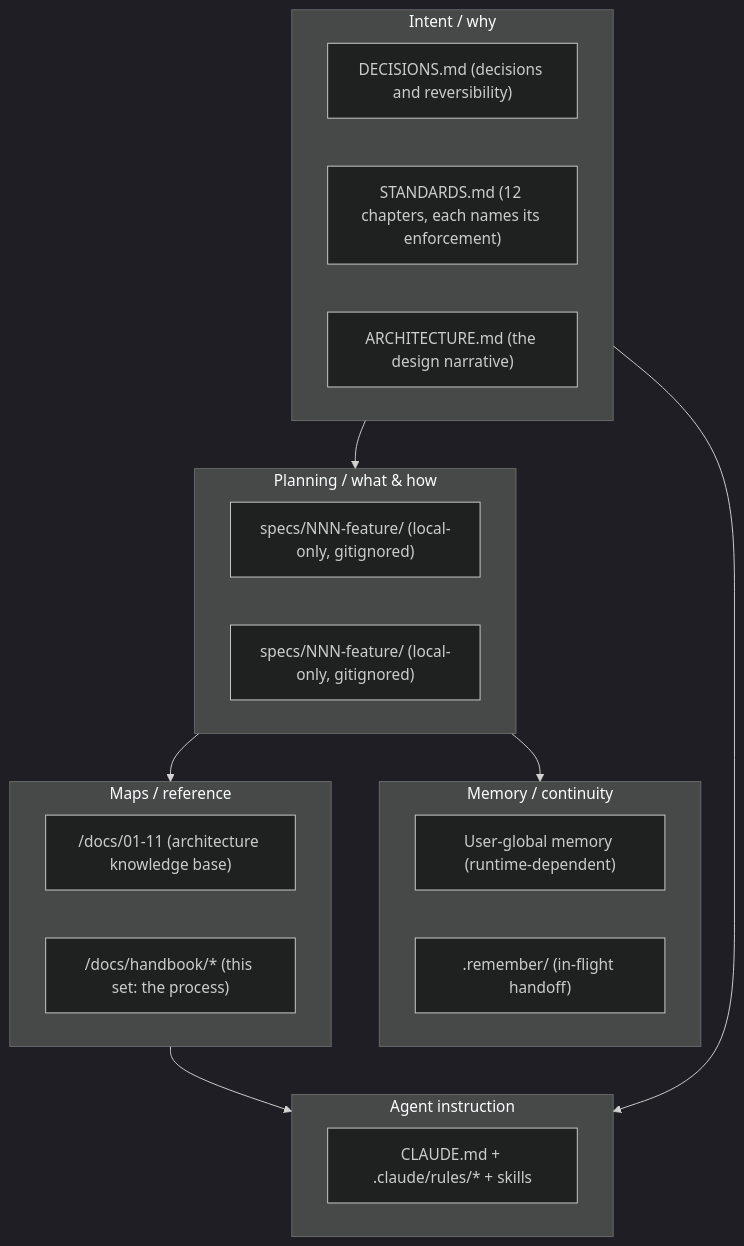
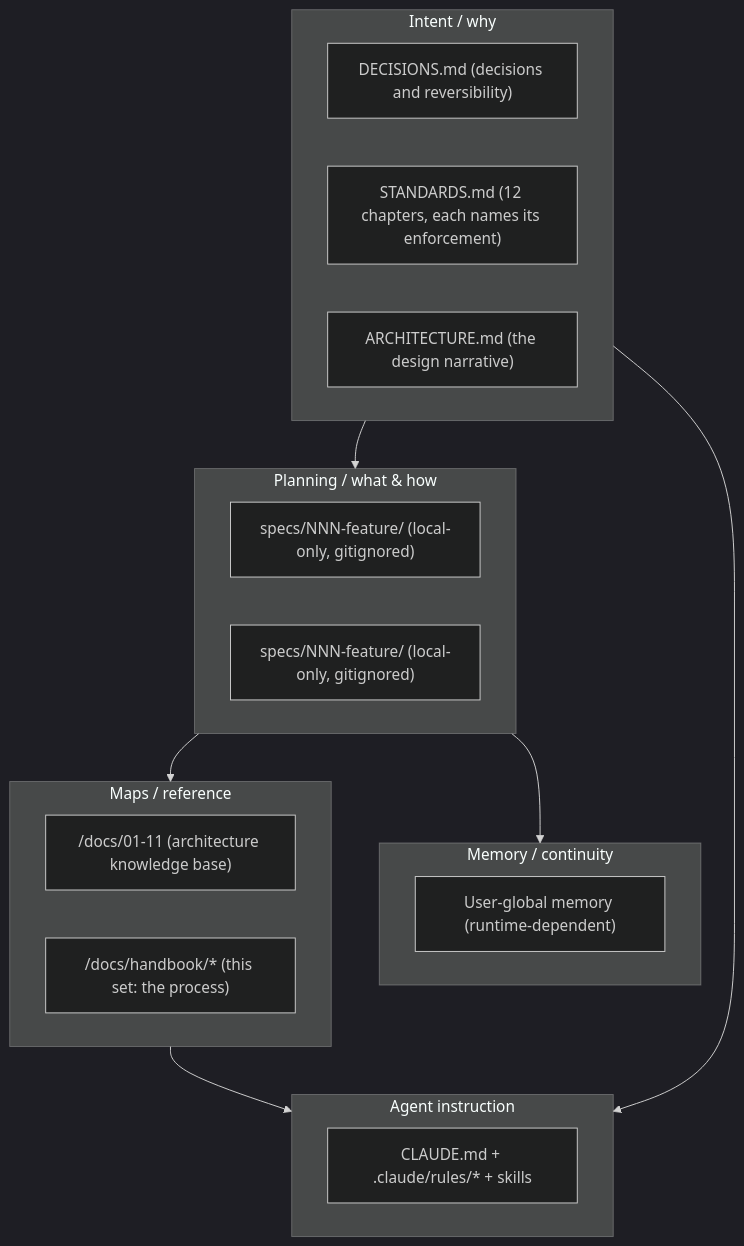
Before and after one commit to erikunha/portfolio: the first of 2 diagrams in docs/handbook/knowledge-architecture.md, drawn with Mermaid (dark theme). The commit also changed other lines of this file and 26 other files, not shown here.

First line of the commit message:
docs(sync): re-sync docs and mermaid diagrams to the redesigned chrome

````diff
--- a/docs/handbook/knowledge-architecture.md
+++ b/docs/handbook/knowledge-architecture.md
@@ -7,27 +7,26 @@
 ```mermaid
 flowchart TD
     subgraph intent["Intent / why"]
         adr["DECISIONS.md (decisions and reversibility)"]
         std["STANDARDS.md (12 chapters, each names its enforcement)"]
         arch["ARCHITECTURE.md (the design narrative)"]
     end
     subgraph plan["Planning / what & how"]
         specs["specs/NNN-feature/ (local-only, gitignored)"]
         plans["specs/NNN-feature/ (local-only, gitignored)"]
     end
     subgraph maps["Maps / reference"]
         kb["/docs/01-11 (architecture knowledge base)"]
         hb["/docs/handbook/* (this set: the process)"]
     end
     subgraph agent["Agent instruction"]
         cl["CLAUDE.md + .claude/rules/* + skills"]
     end
     subgraph memory["Memory / continuity"]
         mem["User-global memory (runtime-dependent)"]
-        rem[".remember/ (in-flight handoff)"]
     end
     intent --> plan --> maps
     intent --> agent
     maps --> agent
     plan --> memory
 ```
````
